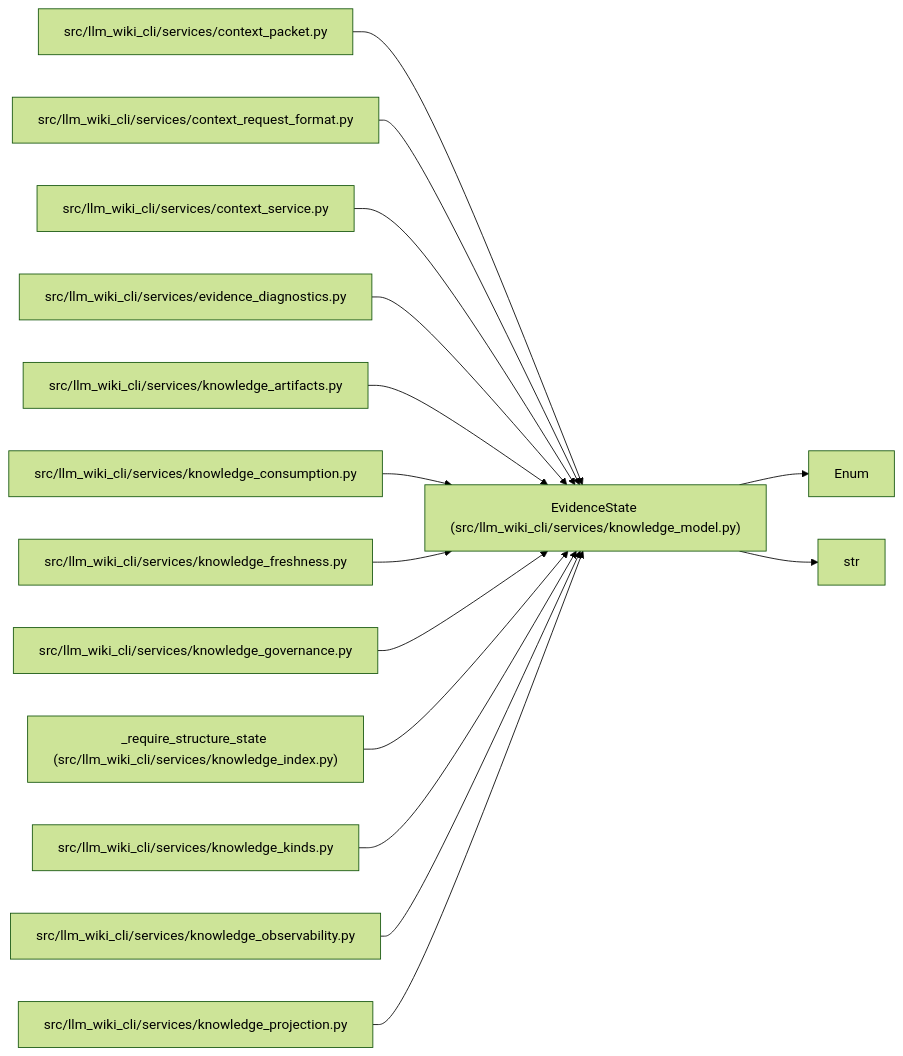
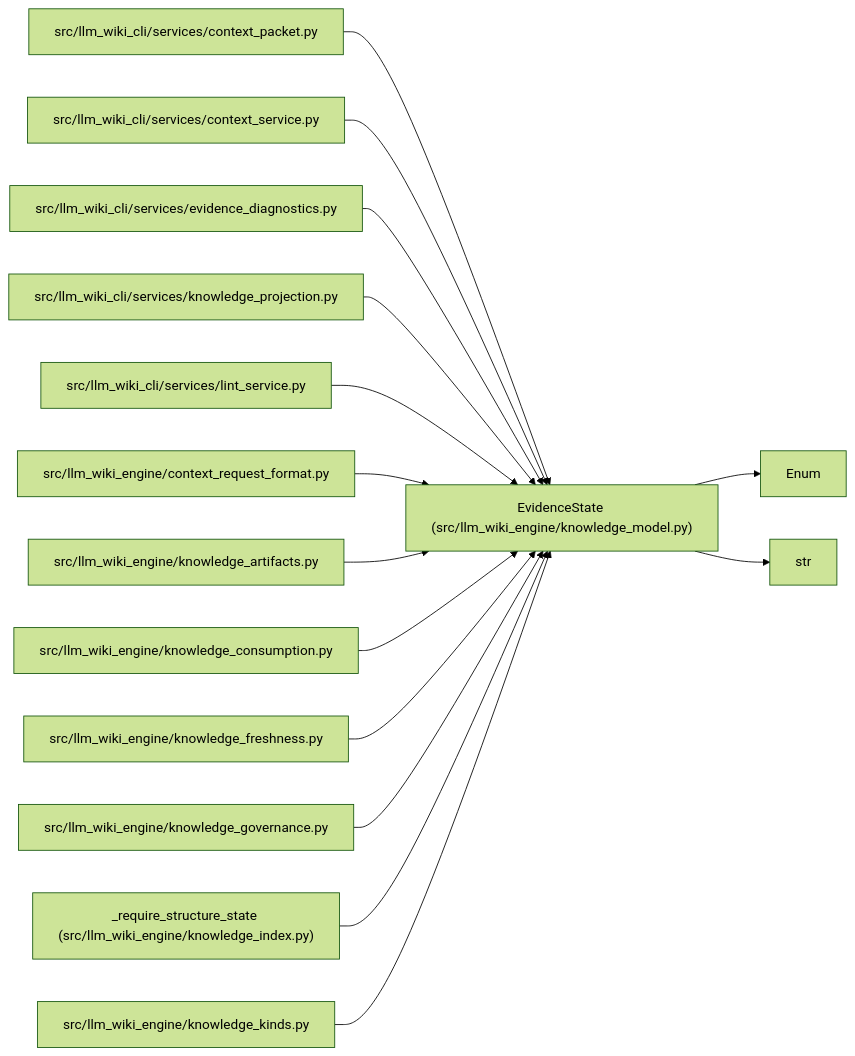
The diagram in docs/llm_wiki/entities/EvidenceState.md (Denissvgn/python-wiki-llm), drawn with Mermaid (forest theme) before and after one commit. The commit also changed other lines of this file and 1058 other files, not shown here.

First line of the commit message:
docs: refresh the wiki for the knowledge store move

````diff
--- a/docs/llm_wiki/entities/EvidenceState.md
+++ b/docs/llm_wiki/entities/EvidenceState.md
@@ -29,45 +29,45 @@
 ```mermaid
 flowchart LR
-    n0["EvidenceState (src/llm_wiki_cli/services/knowledge_model.py)"]
+    n0["EvidenceState (src/llm_wiki_engine/knowledge_model.py)"]
     n1["Enum"]
     n2["str"]
     n3["src/llm_wiki_cli/services/context_packet.py"]
-    n4["src/llm_wiki_cli/services/context_request_format.py"]
-    n5["src/llm_wiki_cli/services/context_service.py"]
-    n6["src/llm_wiki_cli/services/evidence_diagnostics.py"]
-    n7["src/llm_wiki_cli/services/knowledge_artifacts.py"]
-    n8["src/llm_wiki_cli/services/knowledge_consumption.py"]
-    n9["src/llm_wiki_cli/services/knowledge_freshness.py"]
-    n10["src/llm_wiki_cli/services/knowledge_governance.py"]
-    n11["_require_structure_state (src/llm_wiki_cli/services/knowledge_index.py)"]
-    n12["src/llm_wiki_cli/services/knowledge_kinds.py"]
-    n13["src/llm_wiki_cli/services/knowledge_observability.py"]
-    n14["src/llm_wiki_cli/services/knowledge_projection.py"]
+    n4["src/llm_wiki_cli/services/context_service.py"]
+    n5["src/llm_wiki_cli/services/evidence_diagnostics.py"]
+    n6["src/llm_wiki_cli/services/knowledge_projection.py"]
+    n7["src/llm_wiki_cli/services/lint_service.py"]
+    n8["src/llm_wiki_engine/context_request_format.py"]
+    n9["src/llm_wiki_engine/knowledge_artifacts.py"]
+    n10["src/llm_wiki_engine/knowledge_consumption.py"]
+    n11["src/llm_wiki_engine/knowledge_freshness.py"]
+    n12["src/llm_wiki_engine/knowledge_governance.py"]
+    n13["_require_structure_state (src/llm_wiki_engine/knowledge_index.py)"]
+    n14["src/llm_wiki_engine/knowledge_kinds.py"]
     n0 --> n1
     n0 --> n2
     n3 --> n0
     n4 --> n0
     n5 --> n0
     n6 --> n0
     n7 --> n0
     n8 --> n0
     n9 --> n0
     n10 --> n0
     n11 --> n0
     n12 --> n0
     n13 --> n0
     n14 --> n0
     click n0 "../modules/knowledge_model.md"
     click n3 "../modules/context_packet.md"
-    click n4 "../modules/context_request_format.md"
-    click n5 "../modules/context_service.md"
-    click n6 "../modules/evidence_diagnostics.md"
-    click n7 "../modules/knowledge_artifacts.md"
-    click n8 "../modules/knowledge_consumption.md"
-    click n9 "../modules/knowledge_freshness.md"
-    click n10 "../modules/knowledge_governance.md"
-    click n11 "../modules/knowledge_index.md"
-    click n12 "../modules/knowledge_kinds.md"
-    click n13 "../modules/knowledge_observability.md"
-    click n14 "../modules/knowledge_projection.md"
+    click n4 "../modules/context_service.md"
+    click n5 "../modules/evidence_diagnostics.md"
+    click n6 "../modules/knowledge_projection.md"
+    click n7 "../modules/lint_service.md"
+    click n8 "../modules/context_request_format.md"
+    click n9 "../modules/knowledge_artifacts.md"
+    click n10 "../modules/knowledge_consumption.md"
+    click n11 "../modules/knowledge_freshness.md"
+    click n12 "../modules/knowledge_governance.md"
+    click n13 "../modules/knowledge_index.md"
+    click n14 "../modules/knowledge_kinds.md"
 ```
````
